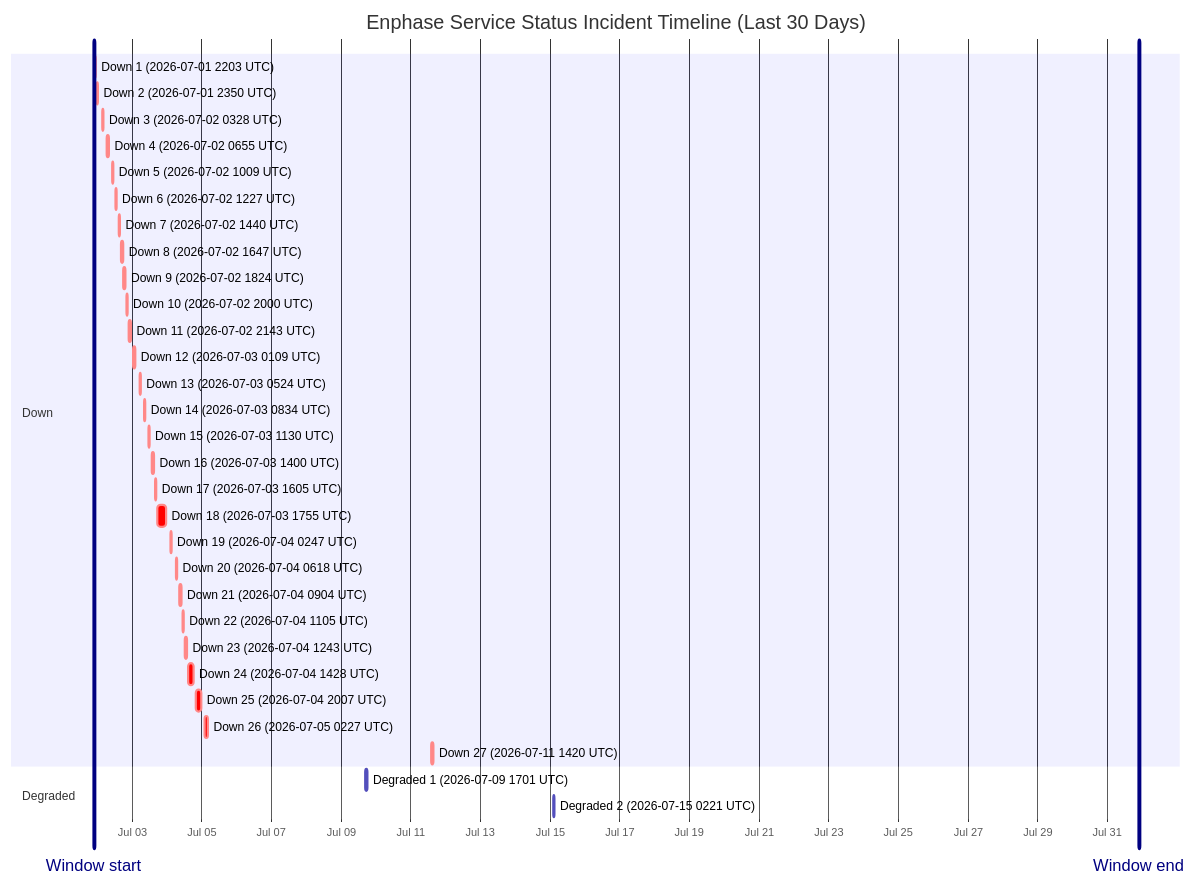
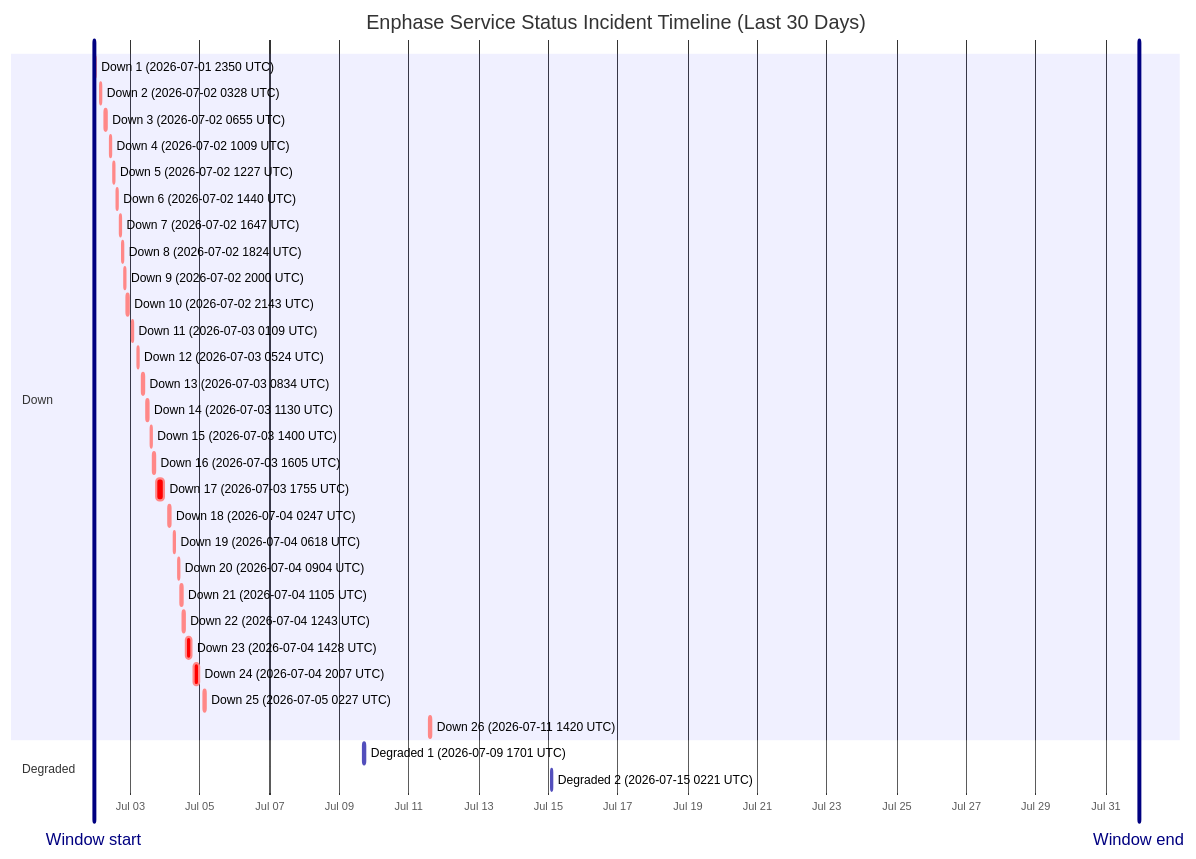
The diagram in wiki/Service-Status-History.md (barneyonline/ha-enphase-energy), drawn with Mermaid before and after one commit. The commit also changed other lines of this file and 3 other files, not shown here.

````diff
--- a/wiki/Service-Status-History.md
+++ b/wiki/Service-Status-History.md
@@ -14,39 +14,38 @@
 ```mermaid
 gantt
     title Enphase Service Status Incident Timeline (Last 30 Days)
     dateFormat  YYYY-MM-DDTHH:mm:ss
     axisFormat  %b %d
-    Window start :vert, window-start, 2026-07-01T21:36:55, 0ms
-    Window end :vert, window-end, 2026-07-31T21:36:55, 0ms
+    Window start :vert, window-start, 2026-07-01T22:58:03, 0ms
+    Window end :vert, window-end, 2026-07-31T22:58:03, 0ms
     section Down
-    Down 1 (2026-07-01 2203 UTC) :crit, down-1, 2026-07-01T22:03:46, 60m
-    Down 2 (2026-07-01 2350 UTC) :crit, down-2, 2026-07-01T23:50:52, 60m
-    Down 3 (2026-07-02 0328 UTC) :crit, down-3, 2026-07-02T03:28:33, 60m
-    Down 4 (2026-07-02 0655 UTC) :crit, down-4, 2026-07-02T06:55:07, 60m
-    Down 5 (2026-07-02 1009 UTC) :crit, down-5, 2026-07-02T10:09:15, 60m
-    Down 6 (2026-07-02 1227 UTC) :crit, down-6, 2026-07-02T12:27:49, 60m
-    Down 7 (2026-07-02 1440 UTC) :crit, down-7, 2026-07-02T14:40:53, 60m
-    Down 8 (2026-07-02 1647 UTC) :crit, down-8, 2026-07-02T16:47:47, 60m
-    Down 9 (2026-07-02 1824 UTC) :crit, down-9, 2026-07-02T18:24:26, 60m
-    Down 10 (2026-07-02 2000 UTC) :crit, down-10, 2026-07-02T20:00:57, 60m
-    Down 11 (2026-07-02 2143 UTC) :crit, down-11, 2026-07-02T21:43:52, 80m
-    Down 12 (2026-07-03 0109 UTC) :crit, down-12, 2026-07-03T01:09:19, 60m
-    Down 13 (2026-07-03 0524 UTC) :crit, down-13, 2026-07-03T05:24:23, 60m
-    Down 14 (2026-07-03 0834 UTC) :crit, down-14, 2026-07-03T08:34:05, 60m
-    Down 15 (2026-07-03 1130 UTC) :crit, down-15, 2026-07-03T11:30:41, 60m
-    Down 16 (2026-07-03 1400 UTC) :crit, down-16, 2026-07-03T14:00:48, 60m
-    Down 17 (2026-07-03 1605 UTC) :crit, down-17, 2026-07-03T16:05:49, 60m
-    Down 18 (2026-07-03 1755 UTC) :crit, down-18, 2026-07-03T17:55:54, 338m
-    Down 19 (2026-07-04 0247 UTC) :crit, down-19, 2026-07-04T02:47:22, 60m
-    Down 20 (2026-07-04 0618 UTC) :crit, down-20, 2026-07-04T06:18:09, 60m
-    Down 21 (2026-07-04 0904 UTC) :crit, down-21, 2026-07-04T09:04:41, 60m
-    Down 22 (2026-07-04 1105 UTC) :crit, down-22, 2026-07-04T11:05:21, 60m
-    Down 23 (2026-07-04 1243 UTC) :crit, down-23, 2026-07-04T12:43:25, 60m
-    Down 24 (2026-07-04 1428 UTC) :crit, down-24, 2026-07-04T14:28:07, 243m
-    Down 25 (2026-07-04 2007 UTC) :crit, down-25, 2026-07-04T20:07:50, 206m
-    Down 26 (2026-07-05 0227 UTC) :crit, down-26, 2026-07-05T02:27:32, 109m
-    Down 27 (2026-07-11 1420 UTC) :crit, down-27, 2026-07-11T14:20:54, 69m
+    Down 1 (2026-07-01 2350 UTC) :crit, down-1, 2026-07-01T23:50:52, 60m
+    Down 2 (2026-07-02 0328 UTC) :crit, down-2, 2026-07-02T03:28:33, 60m
+    Down 3 (2026-07-02 0655 UTC) :crit, down-3, 2026-07-02T06:55:07, 60m
+    Down 4 (2026-07-02 1009 UTC) :crit, down-4, 2026-07-02T10:09:15, 60m
+    Down 5 (2026-07-02 1227 UTC) :crit, down-5, 2026-07-02T12:27:49, 60m
+    Down 6 (2026-07-02 1440 UTC) :crit, down-6, 2026-07-02T14:40:53, 60m
+    Down 7 (2026-07-02 1647 UTC) :crit, down-7, 2026-07-02T16:47:47, 60m
+    Down 8 (2026-07-02 1824 UTC) :crit, down-8, 2026-07-02T18:24:26, 60m
+    Down 9 (2026-07-02 2000 UTC) :crit, down-9, 2026-07-02T20:00:57, 60m
+    Down 10 (2026-07-02 2143 UTC) :crit, down-10, 2026-07-02T21:43:52, 80m
+    Down 11 (2026-07-03 0109 UTC) :crit, down-11, 2026-07-03T01:09:19, 60m
+    Down 12 (2026-07-03 0524 UTC) :crit, down-12, 2026-07-03T05:24:23, 60m
+    Down 13 (2026-07-03 0834 UTC) :crit, down-13, 2026-07-03T08:34:05, 60m
+    Down 14 (2026-07-03 1130 UTC) :crit, down-14, 2026-07-03T11:30:41, 60m
+    Down 15 (2026-07-03 1400 UTC) :crit, down-15, 2026-07-03T14:00:48, 60m
+    Down 16 (2026-07-03 1605 UTC) :crit, down-16, 2026-07-03T16:05:49, 60m
+    Down 17 (2026-07-03 1755 UTC) :crit, down-17, 2026-07-03T17:55:54, 338m
+    Down 18 (2026-07-04 0247 UTC) :crit, down-18, 2026-07-04T02:47:22, 60m
+    Down 19 (2026-07-04 0618 UTC) :crit, down-19, 2026-07-04T06:18:09, 60m
+    Down 20 (2026-07-04 0904 UTC) :crit, down-20, 2026-07-04T09:04:41, 60m
+    Down 21 (2026-07-04 1105 UTC) :crit, down-21, 2026-07-04T11:05:21, 60m
+    Down 22 (2026-07-04 1243 UTC) :crit, down-22, 2026-07-04T12:43:25, 60m
+    Down 23 (2026-07-04 1428 UTC) :crit, down-23, 2026-07-04T14:28:07, 243m
+    Down 24 (2026-07-04 2007 UTC) :crit, down-24, 2026-07-04T20:07:50, 206m
+    Down 25 (2026-07-05 0227 UTC) :crit, down-25, 2026-07-05T02:27:32, 109m
+    Down 26 (2026-07-11 1420 UTC) :crit, down-26, 2026-07-11T14:20:54, 69m
     section Degraded
     Degraded 1 (2026-07-09 1701 UTC) :active, degraded-1, 2026-07-09T17:01:02, 60m
     Degraded 2 (2026-07-15 0221 UTC) :active, degraded-2, 2026-07-15T02:21:35, 60m
 ```
````
